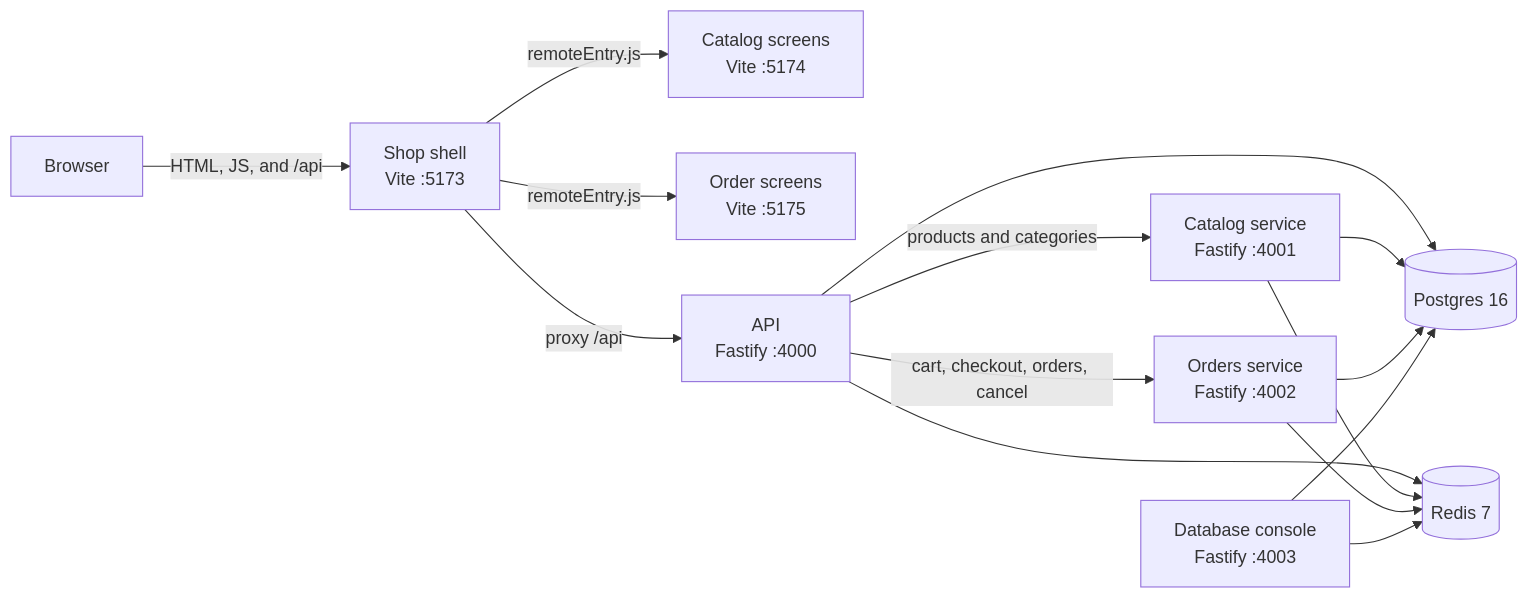
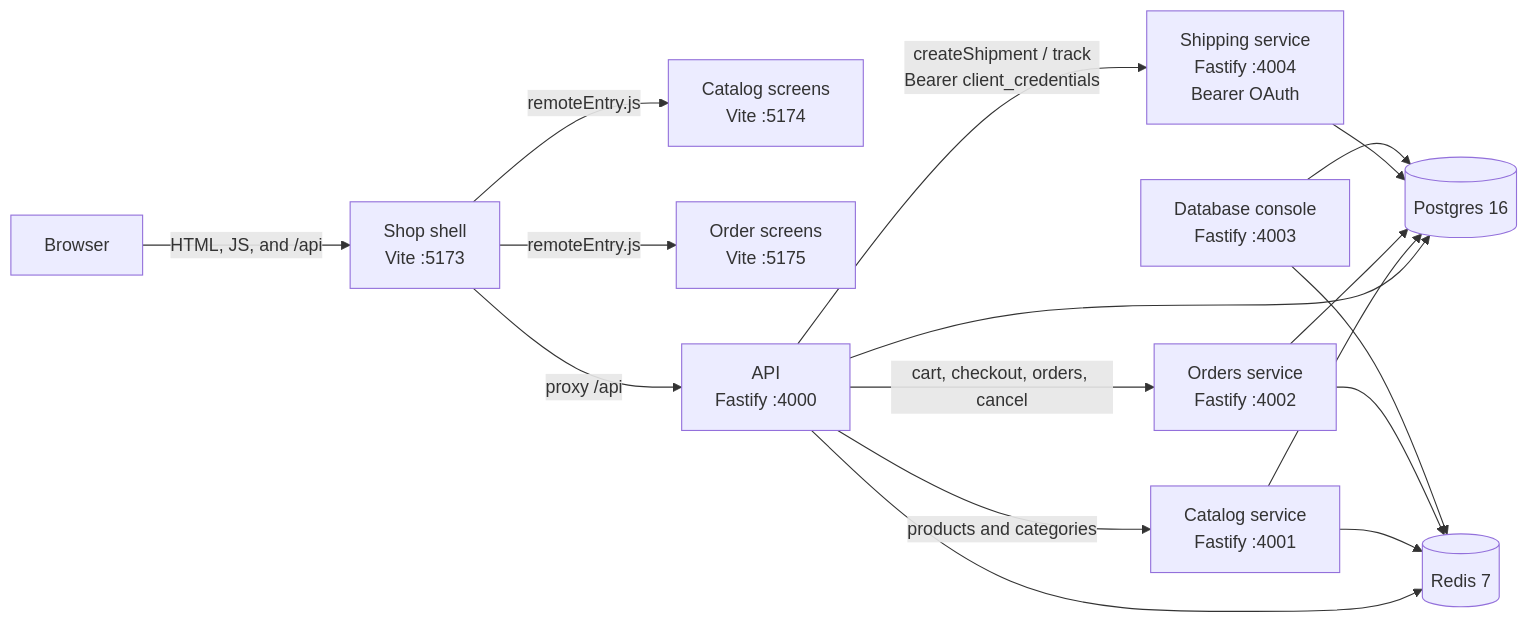
Before and after one commit to VinceBarresi/Marlow: the first of 3 diagrams in ARCHITECTURE.md, drawn with Mermaid. The commit also changed other lines of this file and 24 other files, not shown here.

First line of the commit message:
Add shipping service with OAuth Bearer auth shared by web and iOS.

````diff
--- a/ARCHITECTURE.md
+++ b/ARCHITECTURE.md
@@ -9,28 +9,31 @@
 ```mermaid
 flowchart LR
   browser["Browser"]
   shell["Shop shell<br/>Vite :5173"]
   catalogUi["Catalog screens<br/>Vite :5174"]
   ordersUi["Order screens<br/>Vite :5175"]
   api["API<br/>Fastify :4000"]
   catalog["Catalog service<br/>Fastify :4001"]
   orders["Orders service<br/>Fastify :4002"]
+  shipping["Shipping service<br/>Fastify :4004<br/>Bearer OAuth"]
   console["Database console<br/>Fastify :4003"]
   pg[("Postgres 16")]
   redis[("Redis 7")]
 
   browser -->|"HTML, JS, and /api"| shell
   shell -->|"remoteEntry.js"| catalogUi
   shell -->|"remoteEntry.js"| ordersUi
   shell -->|"proxy /api"| api
   api -->|"products and categories"| catalog
   api -->|"cart, checkout, orders, cancel"| orders
+  api -->|"createShipment / track<br/>Bearer client_credentials"| shipping
   api --> pg
   api --> redis
   catalog --> pg
   catalog --> redis
   orders --> pg
   orders --> redis
+  shipping --> pg
   console --> pg
   console --> redis
 ```
````
